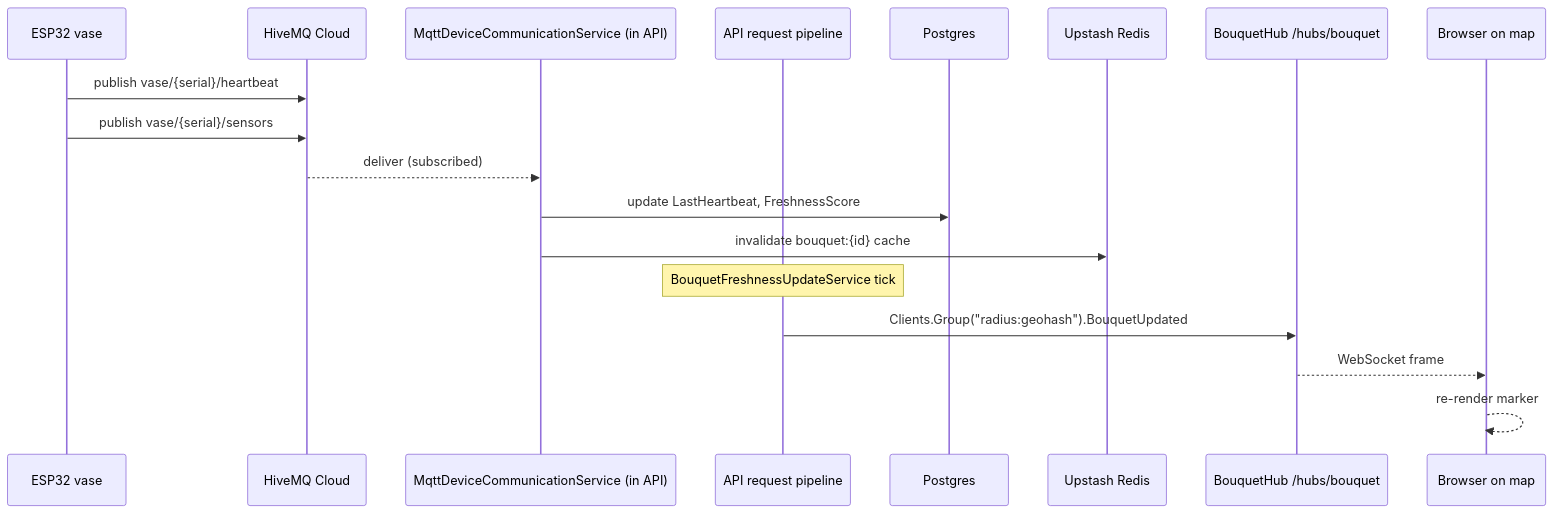
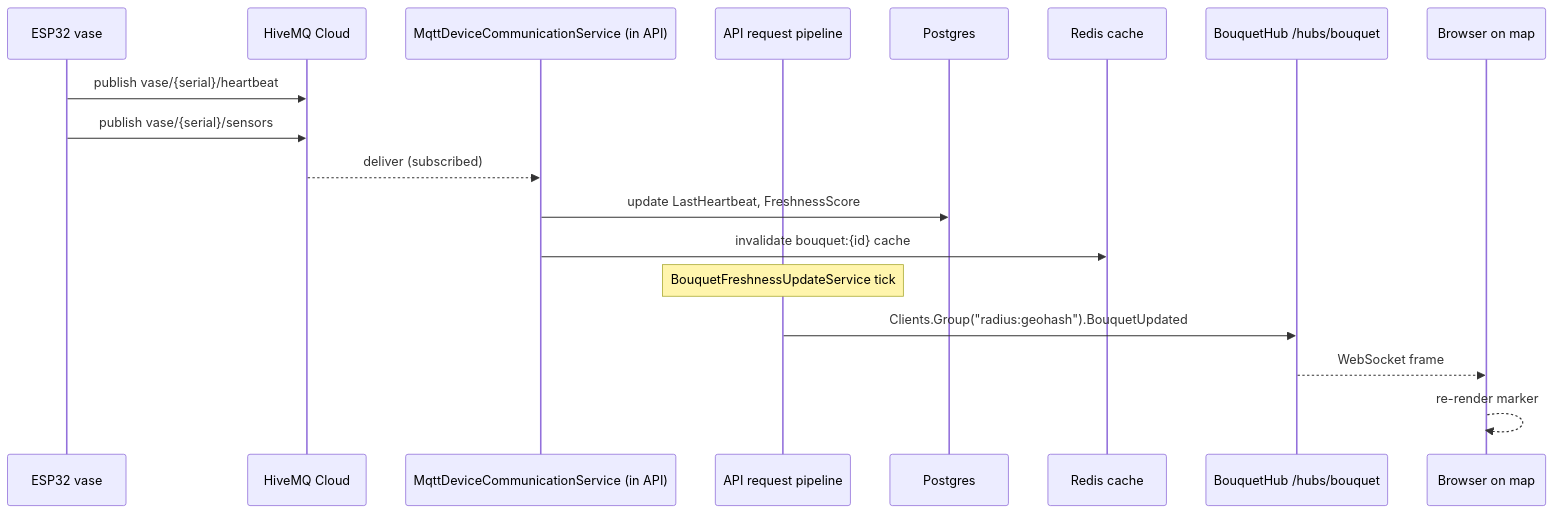
One commit to FlowerShop-IoT-Platform/flowershop-iot-platform-docs changed the diagram in deployment/03-iot-ingest-flow.mmd. Above: the diagram before and after it, drawn with Mermaid. The commit also changed 55 other files, not shown here.

Commit message:
deploy: FlowerShop-IoT-Platform/flower-shop-backend-core@f55f2df174e56467d56e5e6c6174cce9e9ae8b9b

```diff
--- a/deployment/03-iot-ingest-flow.mmd
+++ b/deployment/03-iot-ingest-flow.mmd
@@ -1,20 +1,20 @@
 sequenceDiagram
     participant V as ESP32 vase
     participant HM as HiveMQ Cloud
     participant MQ as MqttDeviceCommunicationService (in API)
     participant API as API request pipeline
     participant PG as Postgres
-    participant RD as Upstash Redis
+    participant RD as Redis cache
     participant HUB as BouquetHub /hubs/bouquet
     participant BR as Browser on map
 
     V->>HM: publish vase/{serial}/heartbeat
     V->>HM: publish vase/{serial}/sensors
     HM-->>MQ: deliver (subscribed)
     MQ->>PG: update LastHeartbeat, FreshnessScore
     MQ->>RD: invalidate bouquet:{id} cache
 
     Note over API: BouquetFreshnessUpdateService tick
     API->>HUB: Clients.Group("radius:geohash").BouquetUpdated
     HUB-->>BR: WebSocket frame
     BR-->>BR: re-render marker
```
